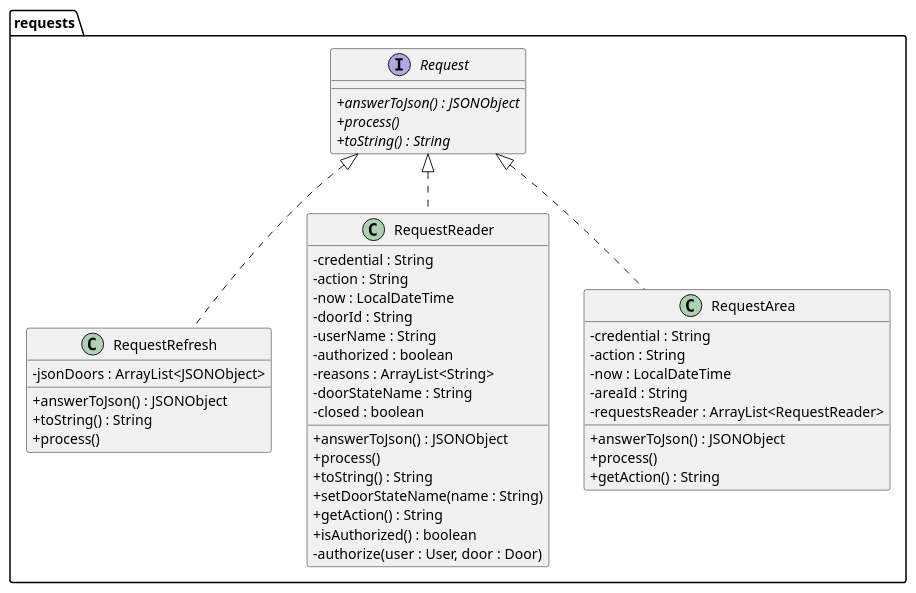
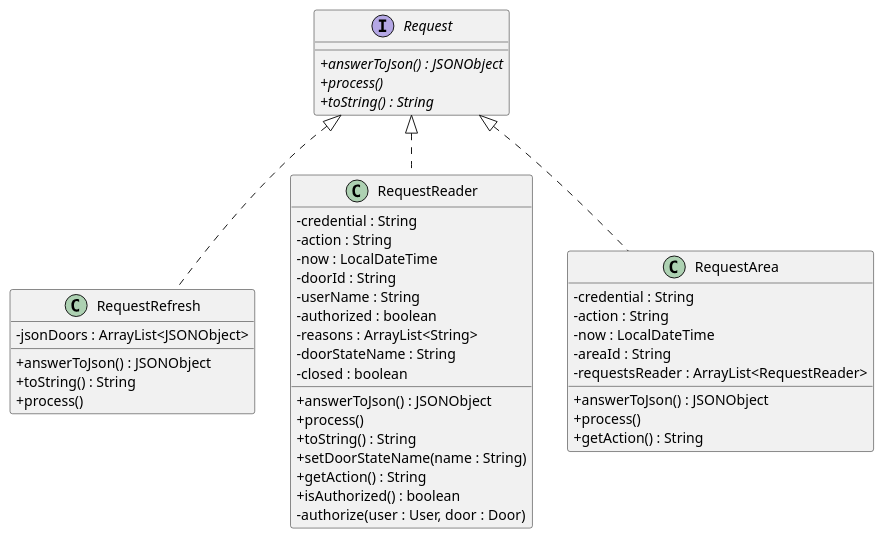
Before and after one commit to alexuab69/PracticaDS: the diagram in src/baseNoStates/uml/package_requests.puml, drawn with PlantUML. The commit also changed 12 other files, not shown here.

Commit message:
Comments + allUml and packages uml's + unused functions and imports

```diff
--- a/src/baseNoStates/uml/package_requests.puml
+++ b/src/baseNoStates/uml/package_requests.puml
@@ -1,51 +1,49 @@
 @startuml
 'https://plantuml.com/class-diagram
 skinparam classAttributeIconSize 0
 
-package requests {
-    interface Request {
-    + {abstract} answerToJson() : JSONObject
-    + {abstract} process()
-    + {abstract} toString() : String
-    }
+interface Request {
++ {abstract} answerToJson() : JSONObject
++ {abstract} process()
++ {abstract} toString() : String
+}
 
-    class RequestRefresh implements Request {
-    - jsonDoors : ArrayList<JSONObject>
-    + answerToJson() : JSONObject
-    + toString() : String
-    + process()
-    }
+class RequestRefresh implements Request {
+- jsonDoors : ArrayList<JSONObject>
++ answerToJson() : JSONObject
++ toString() : String
++ process()
+}
 
-    class RequestReader implements Request {
-    - credential : String
-    - action : String
-    - now : LocalDateTime
-    - doorId : String
-    - userName : String
-    - authorized : boolean
-    - reasons : ArrayList<String>
-    - doorStateName : String
-    - closed : boolean
-    + answerToJson() : JSONObject
-    + process()
-    + toString() : String
-    + setDoorStateName(name : String)
-    + getAction() : String
-    + isAuthorized() : boolean
-    - authorize(user : User, door : Door)
-    }
+class RequestReader implements Request {
+- credential : String
+- action : String
+- now : LocalDateTime
+- doorId : String
+- userName : String
+- authorized : boolean
+- reasons : ArrayList<String>
+- doorStateName : String
+- closed : boolean
++ answerToJson() : JSONObject
++ process()
++ toString() : String
++ setDoorStateName(name : String)
++ getAction() : String
++ isAuthorized() : boolean
+- authorize(user : User, door : Door)
+}
 
-    class RequestArea implements Request {
-    - credential : String
-    - action : String
-    - now : LocalDateTime
-    - areaId : String
-    - requestsReader : ArrayList<RequestReader>
-    + answerToJson() : JSONObject
-    + process()
-    + getAction() : String
-    }
+class RequestArea implements Request {
+- credential : String
+- action : String
+- now : LocalDateTime
+- areaId : String
+- requestsReader : ArrayList<RequestReader>
++ answerToJson() : JSONObject
++ process()
++ getAction() : String
 }
 
 
 @enduml
```
